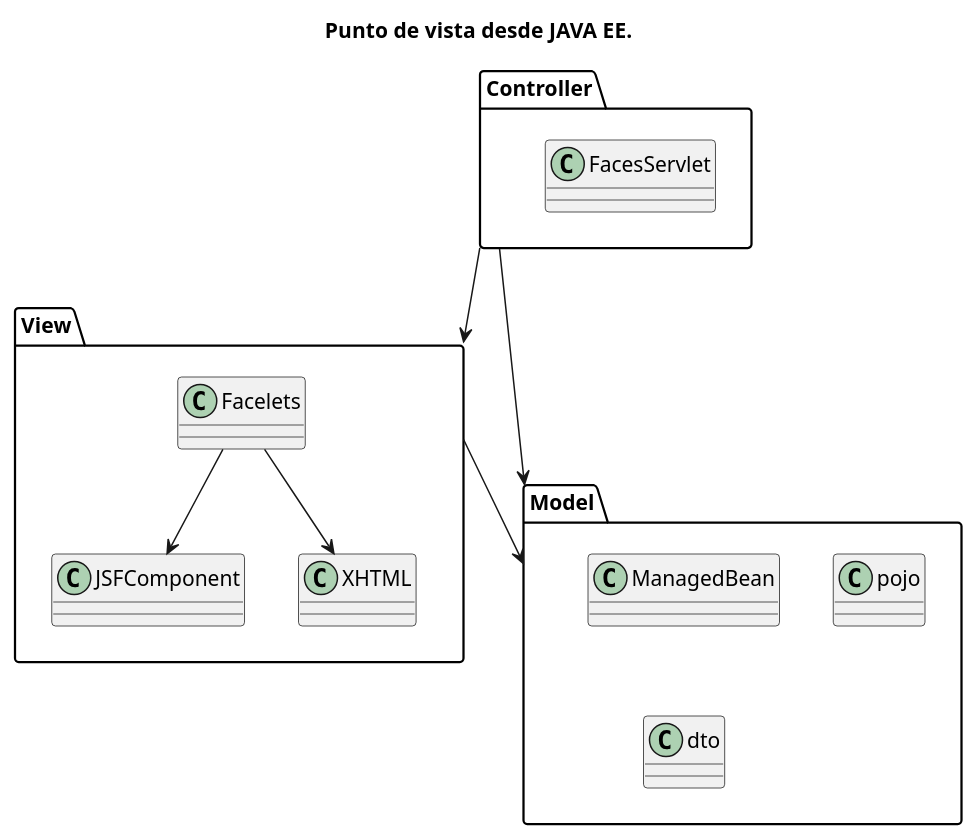
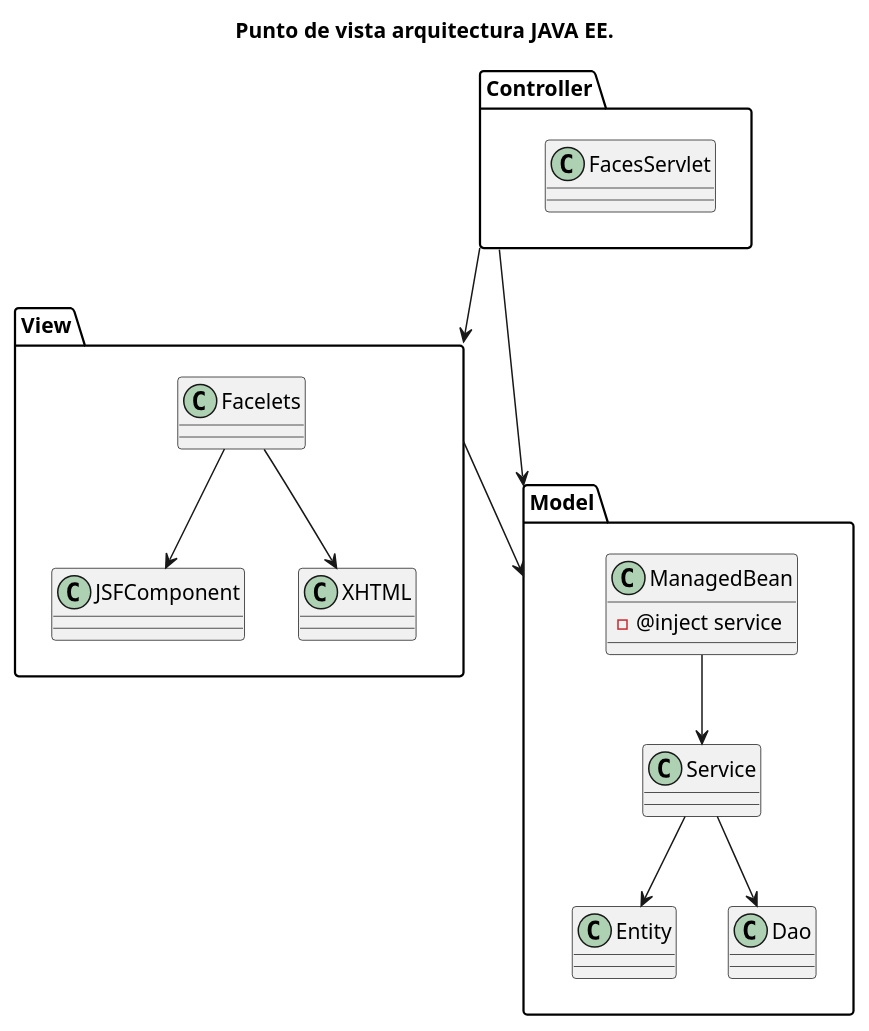
One commit to Master-Desarrollo-20-21/arquitectura-del-software-diagramas-de-tu-framework-hugohg34 changed the diagram in clases.plantuml. Above: the diagram before and after it, drawn with PlantUML.

Commit message:
Mejorando modelo

```diff
--- a/clases.plantuml
+++ b/clases.plantuml
@@ -1,27 +1,33 @@
 @startuml
 
-title Punto de vista desde JAVA EE.
+title Punto de vista arquitectura JAVA EE.
 
 
 Package Controller{
 class FacesServlet
 }
 
 Package Model{
-class  ManagedBean
-class pojo
-class dto
+class Service
+class  ManagedBean{
+ -@inject service
 }
+class Entity
+class Dao
+}
+ManagedBean --> Service
+Service --> Entity
+Service --> Dao
 
 Package View{
 class Facelets
 class JSFComponent
 class XHTML
 Facelets --> JSFComponent
 Facelets --> XHTML
 }
 
 Controller --> View
 Controller --> Model
 View --> Model
 @enduml
```
